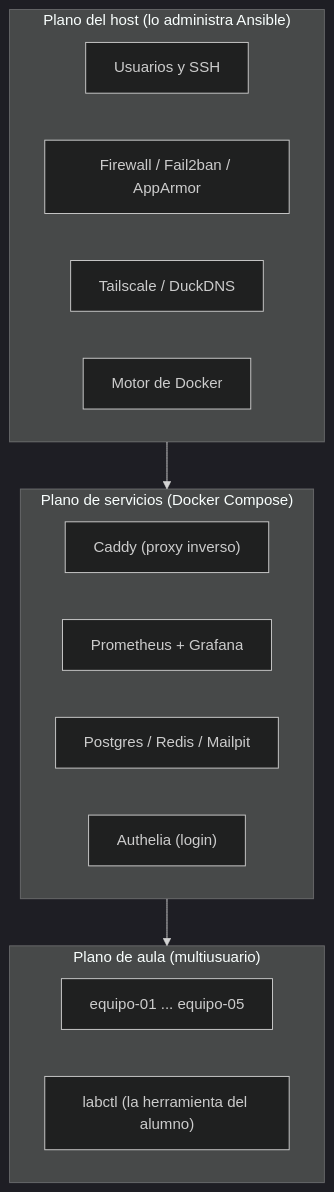
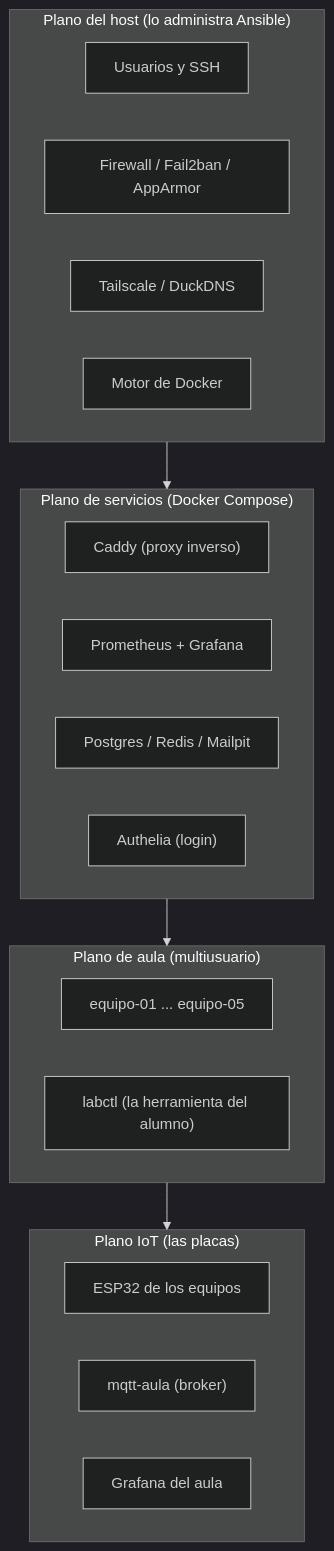
Before and after one commit to resourceldg/homelab: the first of 3 diagrams in docs/handbook/01-vision-general.md, drawn with Mermaid (dark theme). The commit also changed other lines of this file and 24 other files, not shown here.

First line of the commit message:
docs: manual con visión de arquitectura IoT, ciclo de vida y casos reales del aula

````diff
--- a/docs/handbook/01-vision-general.md
+++ b/docs/handbook/01-vision-general.md
@@ -34,21 +34,27 @@
 ```mermaid
 flowchart TB
   subgraph HOST["Plano del host (lo administra Ansible)"]
     h1["Usuarios y SSH"]
     h2["Firewall / Fail2ban / AppArmor"]
     h3["Tailscale / DuckDNS"]
     h4["Motor de Docker"]
   end
   subgraph SVC["Plano de servicios (Docker Compose)"]
     s1["Caddy (proxy inverso)"]
     s2["Prometheus + Grafana"]
     s3["Postgres / Redis / Mailpit"]
     s4["Authelia (login)"]
   end
   subgraph CLASS["Plano de aula (multiusuario)"]
     c1["equipo-01 ... equipo-05"]
     c2["labctl (la herramienta del alumno)"]
   end
+  subgraph IOT["Plano IoT (las placas)"]
+    i1["ESP32 de los equipos"]
+    i2["mqtt-aula (broker)"]
+    i3["Grafana del aula"]
+  end
   HOST --> SVC
   SVC --> CLASS
+  CLASS --> IOT
 ```
````
